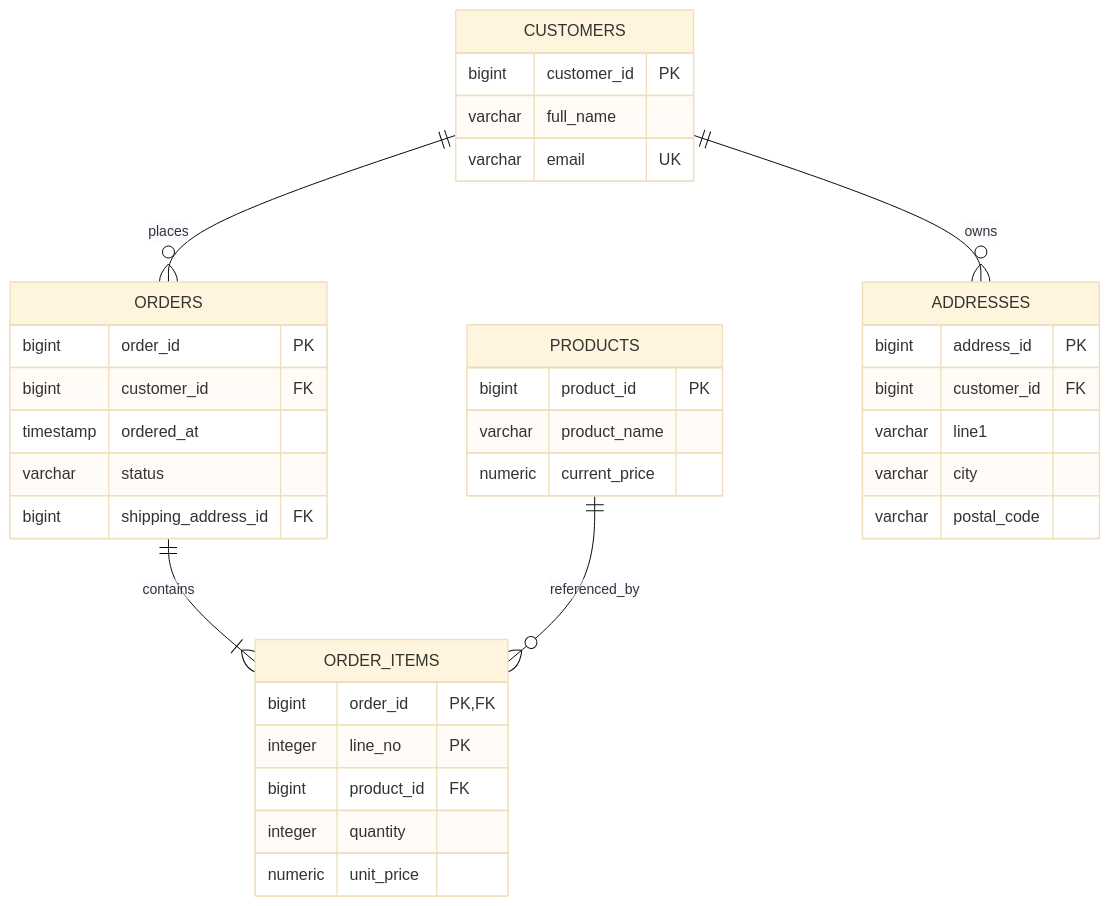
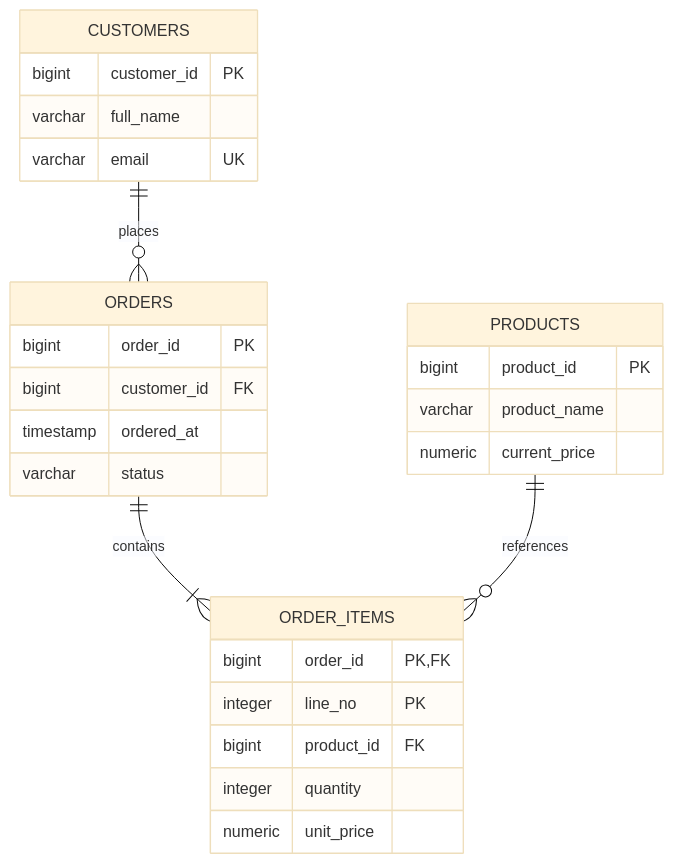
Before and after one commit to AvadhBhalodiya/Interview-Preparation: the second of 3 diagrams in src/content/databases/normalization-denormalization.md, drawn with Mermaid (base theme). The commit also changed other lines of this file and 80 other files, not shown here.

````diff
--- a/src/content/databases/normalization-denormalization.md
+++ b/src/content/databases/normalization-denormalization.md
@@ -589,43 +306,33 @@
 ```mermaid
 erDiagram
     CUSTOMERS ||--o{ ORDERS : places
     ORDERS ||--|{ ORDER_ITEMS : contains
-    PRODUCTS ||--o{ ORDER_ITEMS : referenced_by
-    CUSTOMERS ||--o{ ADDRESSES : owns
+    PRODUCTS ||--o{ ORDER_ITEMS : references
 
     CUSTOMERS {
         bigint customer_id PK
         varchar full_name
         varchar email UK
     }
 
-    ADDRESSES {
-        bigint address_id PK
-        bigint customer_id FK
-        varchar line1
-        varchar city
-        varchar postal_code
-    }
-
     ORDERS {
         bigint order_id PK
         bigint customer_id FK
         timestamp ordered_at
         varchar status
-        bigint shipping_address_id FK
     }
 
     PRODUCTS {
         bigint product_id PK
         varchar product_name
         numeric current_price
     }
 
     ORDER_ITEMS {
         bigint order_id PK,FK
         integer line_no PK
         bigint product_id FK
         integer quantity
         numeric unit_price
     }
 ```
````
